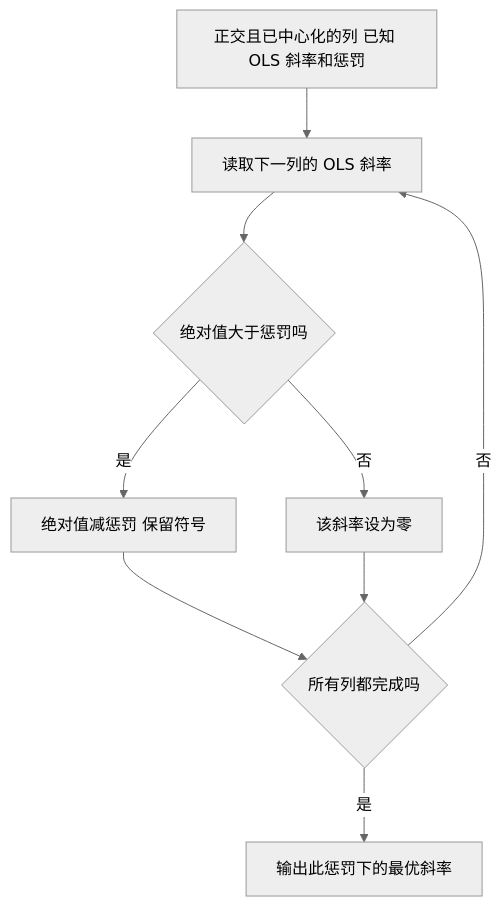
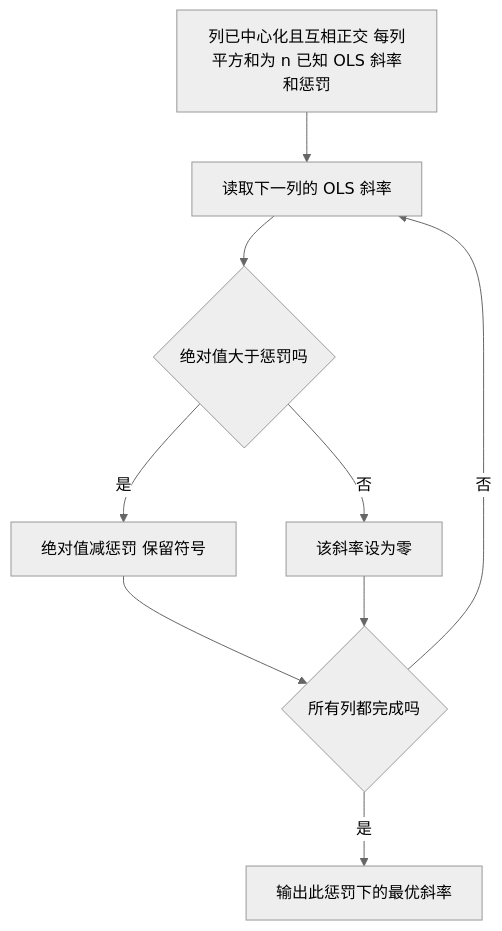
One commit to CercaTrovato/cityu-ai-course-notes changed the first of 10 diagrams in EF5560_Fintech_and_AI_in_Finance/notes/M05-可解释机器学习与投资组合决策.md. Above: the diagram before and after it, drawn with Mermaid (neutral theme). The commit also changed other lines of this file and 2300 other files, not shown here.

First line of the commit message:
完善五课程逐页学习笔记、课件原图与修补规范

````diff
--- a/EF5560_Fintech_and_AI_in_Finance/notes/M05-可解释机器学习与投资组合决策.md
+++ b/EF5560_Fintech_and_AI_in_Finance/notes/M05-可解释机器学习与投资组合决策.md
@@ -293,11 +925,11 @@
 ```mermaid
 flowchart TD
- A[正交且已中心化的列 已知 OLS 斜率和惩罚] --> B[读取下一列的 OLS 斜率]
+ A[列已中心化且互相正交 每列平方和为 n 已知 OLS 斜率和惩罚] --> B[读取下一列的 OLS 斜率]
  B --> C{绝对值大于惩罚吗}
  C -- 是 --> D[绝对值减惩罚 保留符号]
  C -- 否 --> E[该斜率设为零]
  D --> F{所有列都完成吗}
  E --> F
  F -- 否 --> B
  F -- 是 --> G[输出此惩罚下的最优斜率]
 ```
````
